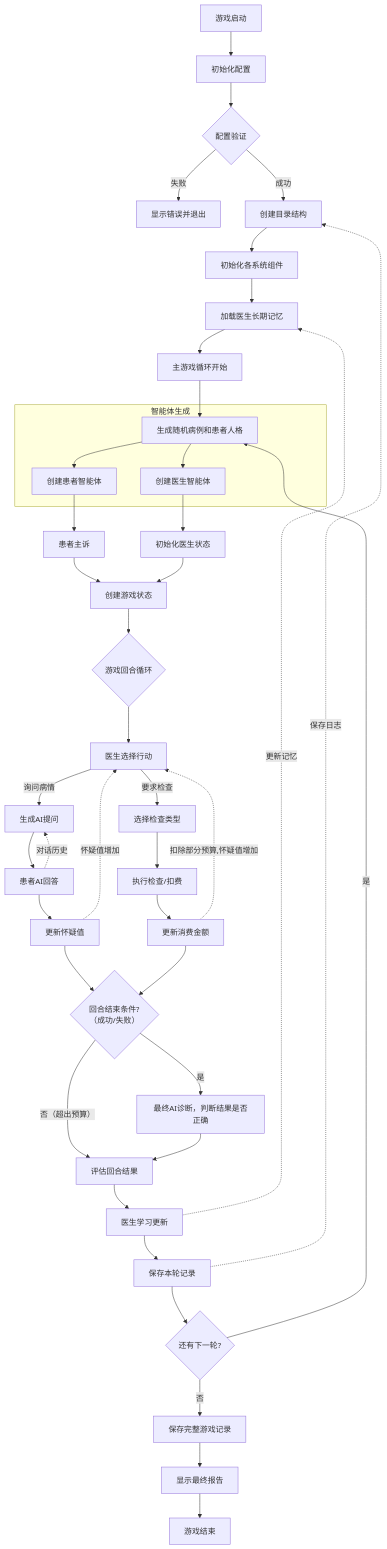
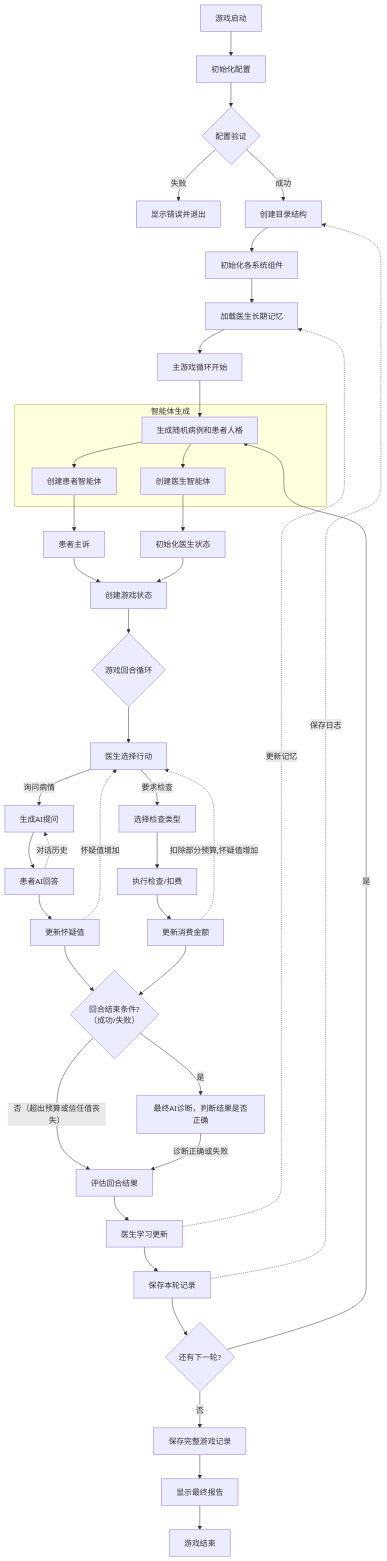
The diagram in README.md (xxt314062-lgtm/AI-Doctor-Patient-Diagnostic-System-CN), drawn with Mermaid before and after one commit. The commit also changed other lines of this file, not shown here.

````diff
--- a/README.md
+++ b/README.md
@@ -113,62 +113,62 @@
 ```mermaid
     graph TD
     A[游戏启动] --> B[初始化配置]
     B --> C{配置验证}
     C -->|失败| D[显示错误并退出]
     C -->|成功| E[创建目录结构]
     
     E --> F[初始化各系统组件]
     F --> G[加载医生长期记忆]
     
     G --> H[主游戏循环开始]
     
     H --> I[生成随机病例和患者人格]
     
     subgraph "智能体生成"
         I --> J[创建患者智能体]
         I --> K[创建医生智能体]
     end
     
     J --> L[患者主诉]
     K --> M[初始化医生状态]
     
     L --> N[创建游戏状态]
     M --> N
     
     N --> O{游戏回合循环}
     
     O --> P[医生选择行动]
     
     P -->|询问病情| Q[生成AI提问]
     Q --> R[患者AI回答]
     R --> S[更新怀疑值]
     
     P -->|要求检查| T[选择检查类型]
     T --> U[执行检查/扣费]
     U --> V[更新消费金额]
     
     S --> W{回合结束条件?
     （成功/失败）}
     V --> W
     
-    W -->|否（超出预算）| Y
+    W -->|否（超出预算或信任值丧失）| Y
     W -->|是| X[最终AI诊断，判断结果是否正确]
     
-    X --> Y[评估回合结果]
+    X -->|诊断正确或失败| Y[评估回合结果]
     Y --> Z[医生学习更新]
     Z --> AA[保存本轮记录]
     
     AA --> BB{还有下一轮?}
     BB -->|是| I
     BB -->|否| CC[保存完整游戏记录]
     
     CC --> DD[显示最终报告]
     DD --> EE[游戏结束]
     
     %% 数据流连接
     R -.->|对话历史| Q
     S -.->|怀疑值增加| P
     V -.->|扣除部分预算,怀疑值增加| P
     Z -.->|更新记忆| G
     AA -.->|保存日志| E
 ```
````
